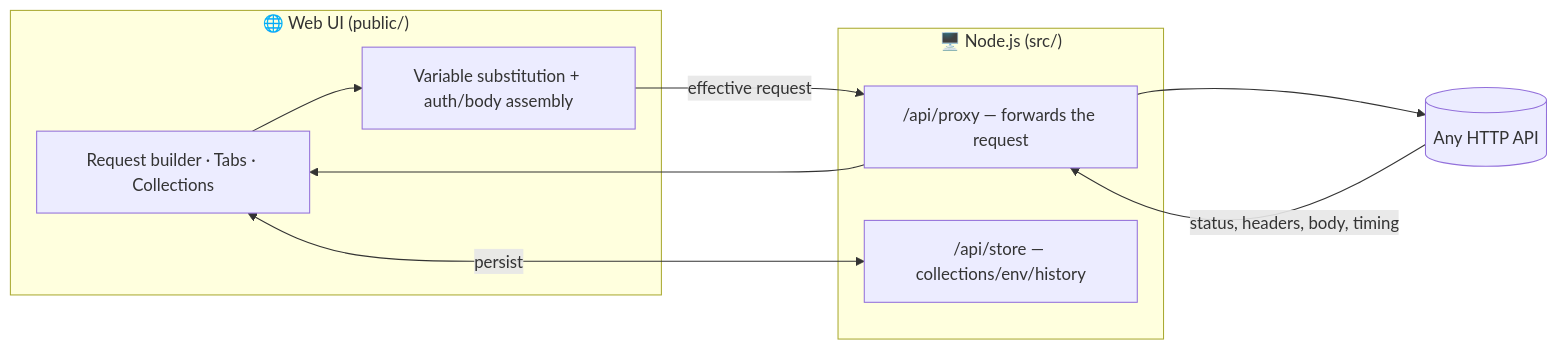
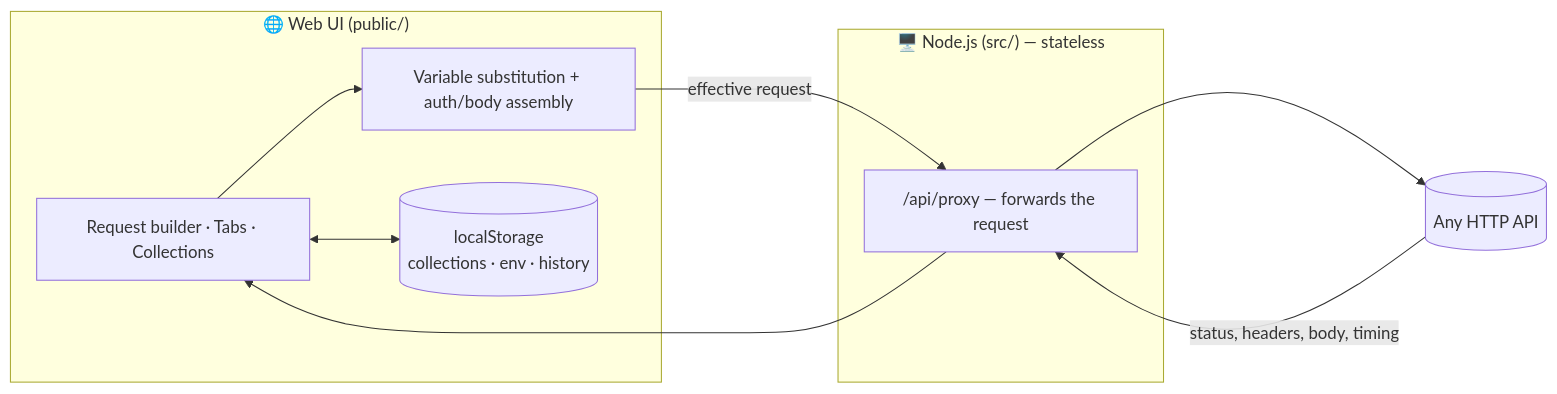
Before and after one commit to gargshishirr/reqlab: the diagram in README.md, drawn with Mermaid. The commit also changed other lines of this file and 11 other files, not shown here.

First line of the commit message:
Make server stateless: store nothing on disk

````diff
--- a/README.md
+++ b/README.md
@@ -57,16 +57,16 @@
 ```mermaid
 flowchart LR
     subgraph Browser["🌐 Web UI (public/)"]
         UI[Request builder · Tabs · Collections]
         VARS[Variable substitution + auth/body assembly]
+        LS[(localStorage<br/>collections · env · history)]
     end
-    subgraph Server["🖥️ Node.js (src/)"]
+    subgraph Server["🖥️ Node.js (src/) — stateless"]
         PROXY["/api/proxy — forwards the request"]
-        STORE["/api/store — collections/env/history"]
     end
     TARGET[(Any HTTP API)]
 
+    UI <--> LS
     UI --> VARS -->|"effective request"| PROXY --> TARGET
     TARGET -->|"status, headers, body, timing"| PROXY --> UI
-    UI <-->|persist| STORE
 ```
````
